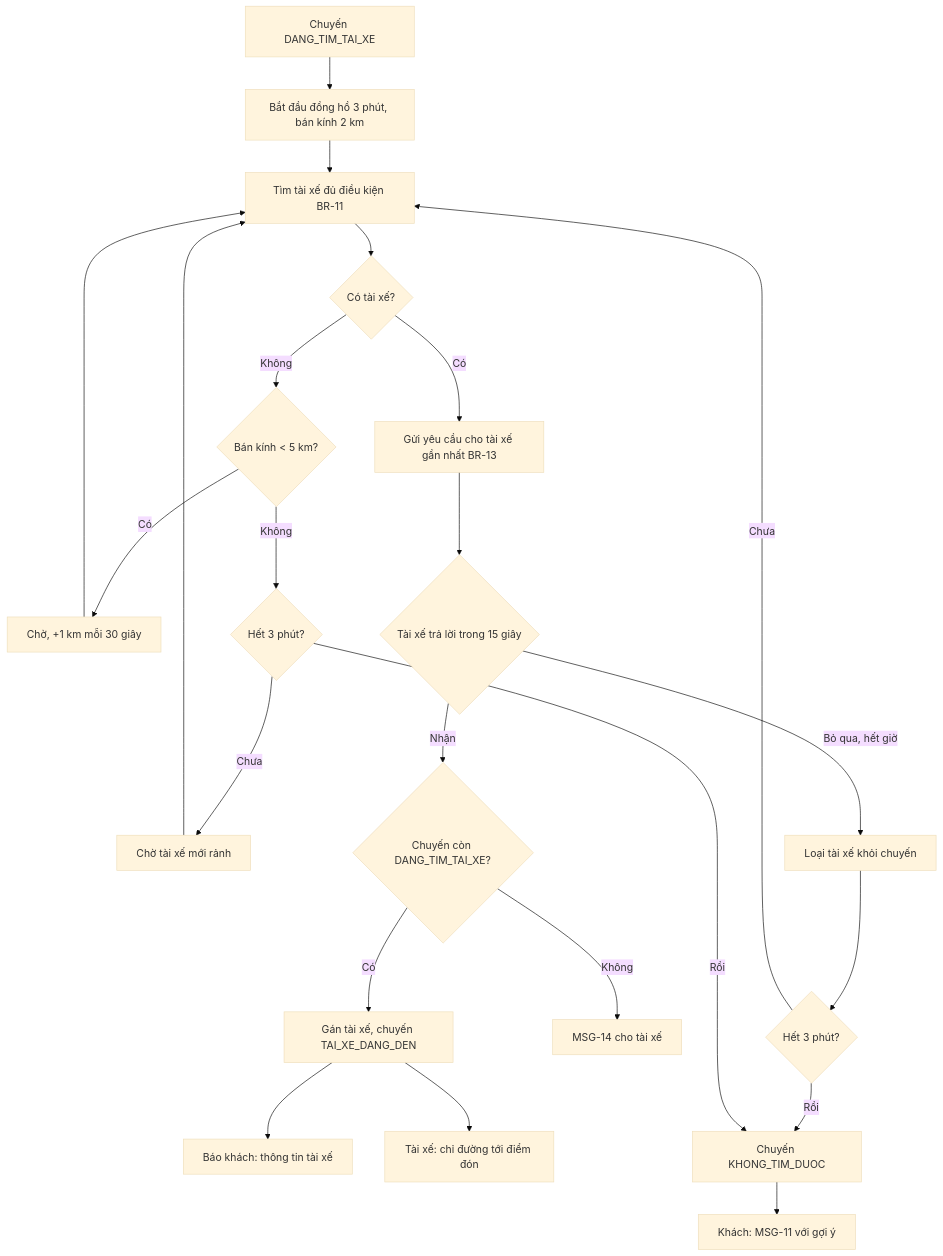
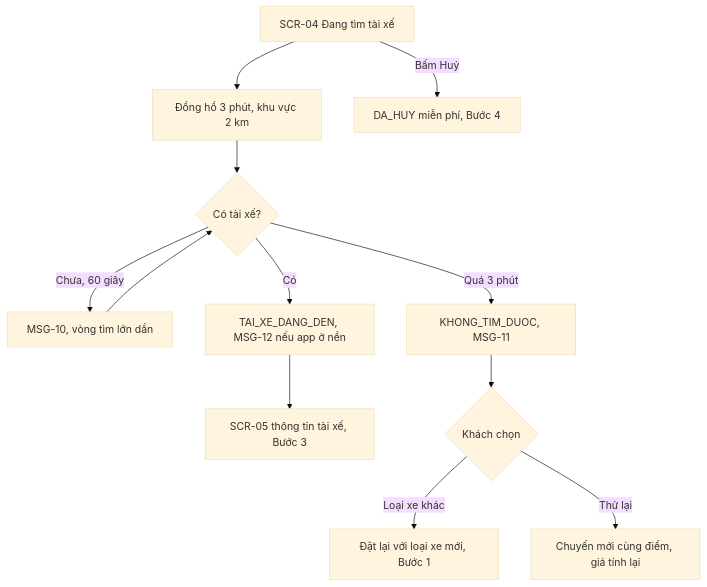
One commit to uxfoundation-vn/de05-dat-xe-cho-khach changed the seventh of 20 diagrams in docs/SRS.md. Above: the diagram before and after it, drawn with Mermaid (base theme). The commit also changed other lines of this file and 2 other files, not shown here.

First line of the commit message:
Đề 5: chỉ giữ luồng của khách

````diff
--- a/docs/SRS.md
+++ b/docs/SRS.md
@@ -412,22 +353,13 @@
 ```mermaid
 flowchart TD
-  A["Chuyến DANG_TIM_TAI_XE"] --> B["Bắt đầu đồng hồ 3 phút, bán kính 2 km"]
-  B --> C["Tìm tài xế đủ điều kiện BR-11"]
-  C --> D{"Có tài xế?"}
-  D -->|Không| E{"Bán kính < 5 km?"}
-  E -->|Có| E1["Chờ, +1 km mỗi 30 giây"] --> C
-  E -->|Không| F{"Hết 3 phút?"}
-  F -->|Chưa| E2["Chờ tài xế mới rảnh"] --> C
-  D -->|Có| G["Gửi yêu cầu cho tài xế gần nhất BR-13"]
-  G --> H{"Tài xế trả lời trong 15 giây"}
-  H -->|Bỏ qua, hết giờ| I["Loại tài xế khỏi chuyến"] --> J
-  H -->|Nhận| K{"Chuyến còn DANG_TIM_TAI_XE?"}
-  K -->|Không| K1["MSG-14 cho tài xế"]
-  K -->|Có| L["Gán tài xế, chuyến TAI_XE_DANG_DEN"]
-  L --> M["Báo khách: thông tin tài xế"]
-  L --> N["Tài xế: chỉ đường tới điểm đón"]
-  J{"Hết 3 phút?"} -->|Chưa| C
-  J -->|Rồi| O["Chuyến KHONG_TIM_DUOC"]
-  F -->|Rồi| O
-  O --> P["Khách: MSG-11 với gợi ý"]
+  A["SCR-04 Đang tìm tài xế"] --> B["Đồng hồ 3 phút, khu vực 2 km"]
+  B --> C{"Có tài xế?"}
+  C -->|Chưa, 60 giây| D["MSG-10, vòng tìm lớn dần"] --> C
+  C -->|Có| E["TAI_XE_DANG_DEN, MSG-12 nếu app ở nền"]
+  E --> F["SCR-05 thông tin tài xế, Bước 3"]
+  C -->|Quá 3 phút| G["KHONG_TIM_DUOC, MSG-11"]
+  G --> H{"Khách chọn"}
+  H -->|Loại xe khác| I["Đặt lại với loại xe mới, Bước 1"]
+  H -->|Thử lại| J["Chuyến mới cùng điểm, giá tính lại"]
+  A -->|Bấm Huỷ| K["DA_HUY miễn phí, Bước 4"]
 ```
````
